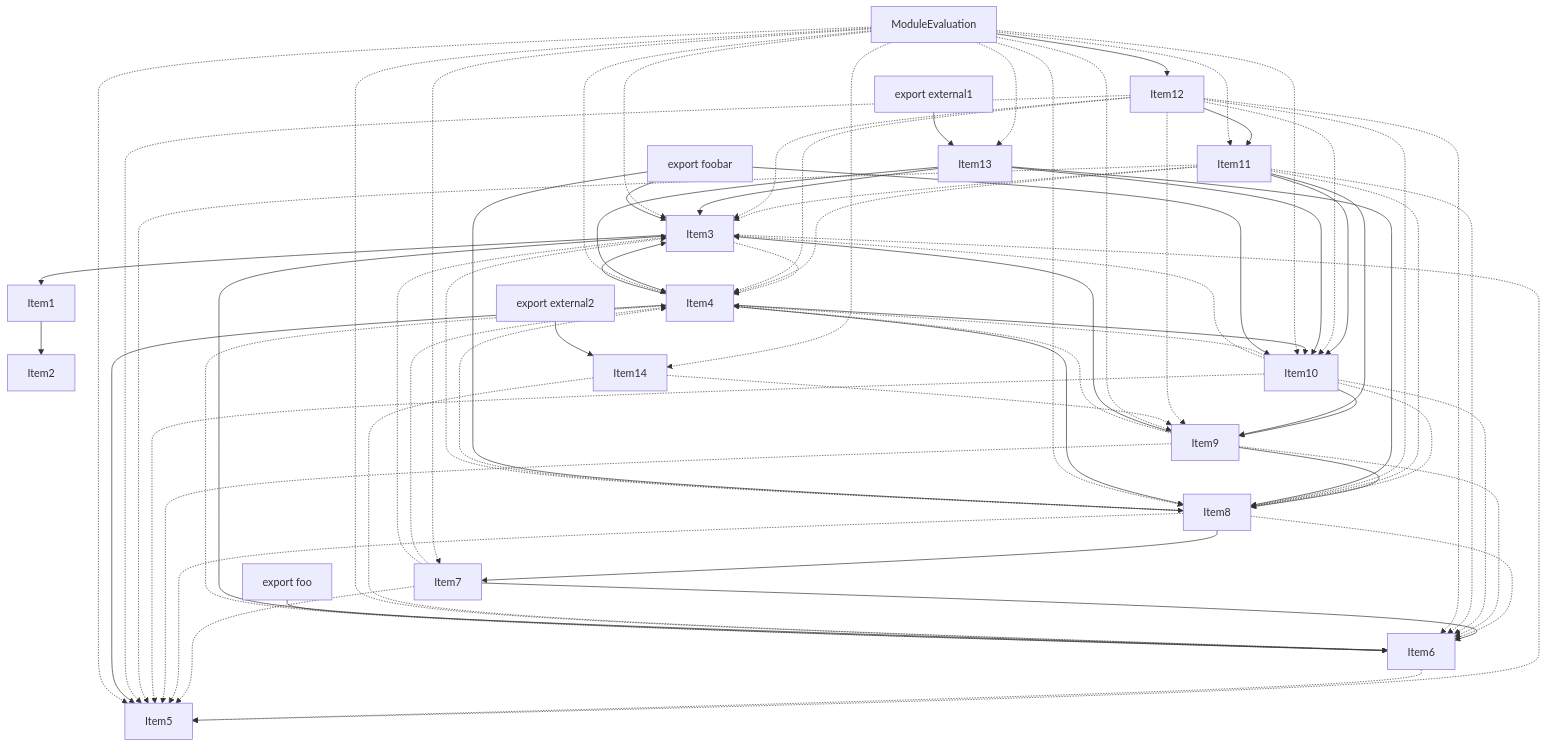
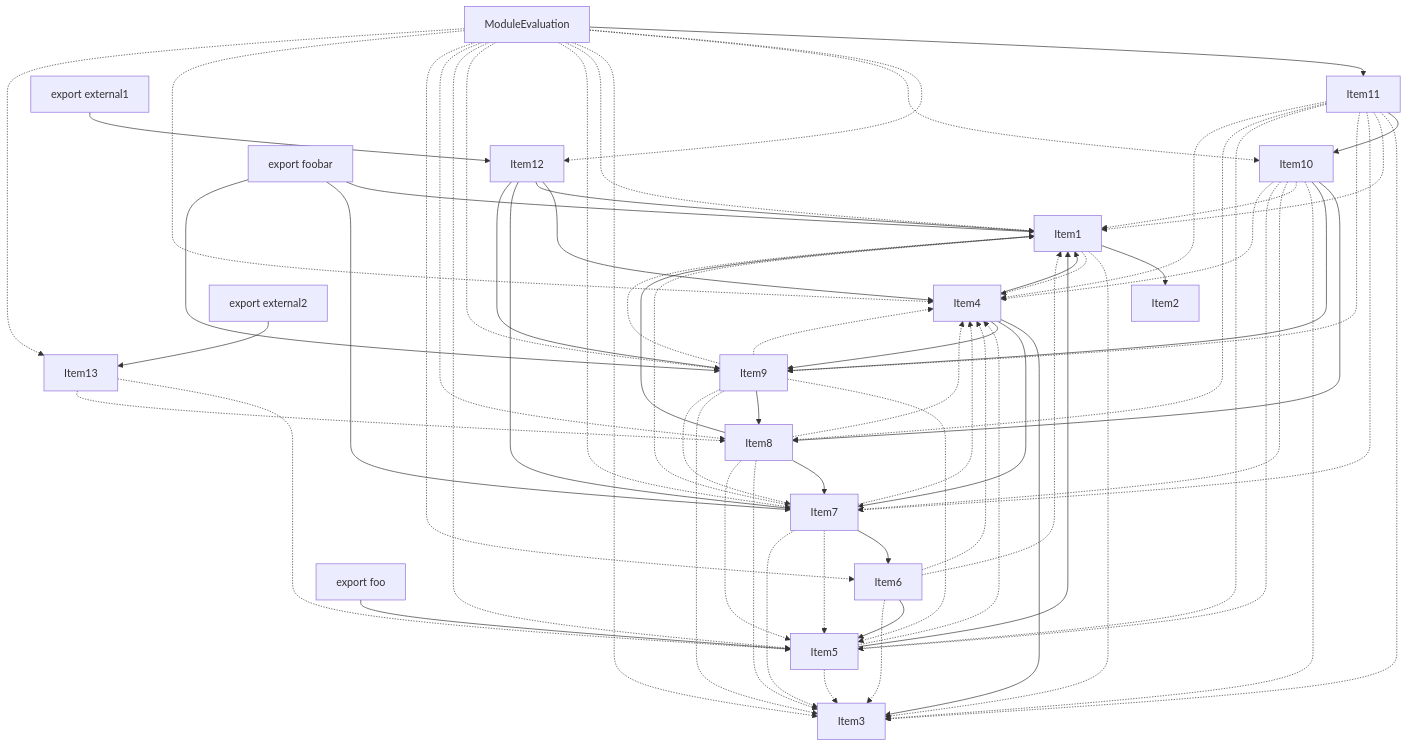
Before and after one commit to vercel/turborepo: the fourth of 4 diagrams in crates/turbopack-ecmascript/tests/tree-shaker/analyzer/1/output.md, drawn with Mermaid. The commit also changed other lines of this file and 1 other file, not shown here.

````diff
--- a/crates/turbopack-ecmascript/tests/tree-shaker/analyzer/1/output.md
+++ b/crates/turbopack-ecmascript/tests/tree-shaker/analyzer/1/output.md
@@ -347,84 +332,82 @@
     Item12;
     Item13;
     Item14;
+    Item14["ModuleEvaluation"];
     Item15;
-    Item15["ModuleEvaluation"];
+    Item15["export foobar"];
     Item16;
-    Item16["export external1"];
+    Item16["export foo"];
     Item17;
-    Item17["export foobar"];
+    Item17["export external1"];
     Item18;
-    Item18["export foo"];
-    Item19;
-    Item19["export external2"];
+    Item18["export external2"];
     Item1 --> Item2;
-    Item3 --> Item1;
-    Item3 -.-> Item4;
-    Item3 -.-> Item5;
-    Item6 --> Item3;
+    Item1 -.-> Item3;
+    Item1 -.-> Item4;
+    Item5 --> Item1;
+    Item5 -.-> Item3;
+    Item5 -.-> Item4;
+    Item6 --> Item5;
+    Item6 -.-> Item3;
+    Item6 -.-> Item1;
     Item6 -.-> Item4;
-    Item6 -.-> Item5;
     Item7 --> Item6;
+    Item7 -.-> Item5;
+    Item7 -.-> Item3;
+    Item7 -.-> Item1;
     Item7 -.-> Item4;
-    Item7 -.-> Item3;
-    Item7 -.-> Item5;
+    Item8 --> Item1;
     Item8 --> Item7;
-    Item8 -.-> Item6;
-    Item8 -.-> Item4;
     Item8 -.-> Item3;
     Item8 -.-> Item5;
-    Item9 --> Item3;
+    Item8 -.-> Item4;
+    Item9 -.-> Item5;
     Item9 --> Item8;
+    Item9 -.-> Item3;
+    Item9 -.-> Item1;
+    Item9 -.-> Item7;
     Item9 -.-> Item4;
-    Item9 -.-> Item6;
-    Item9 -.-> Item5;
-    Item10 -.-> Item6;
+    Item10 --> Item8;
     Item10 --> Item9;
+    Item10 -.-> Item3;
+    Item10 -.-> Item1;
+    Item10 -.-> Item7;
+    Item10 -.-> Item5;
     Item10 -.-> Item4;
-    Item10 -.-> Item3;
-    Item10 -.-> Item8;
-    Item10 -.-> Item5;
-    Item11 --> Item9;
     Item11 --> Item10;
+    Item11 -.-> Item3;
+    Item11 -.-> Item1;
+    Item11 -.-> Item7;
+    Item11 -.-> Item9;
+    Item11 -.-> Item5;
+    Item11 -.-> Item8;
     Item11 -.-> Item4;
-    Item11 -.-> Item3;
-    Item11 -.-> Item8;
-    Item11 -.-> Item6;
-    Item11 -.-> Item5;
-    Item12 --> Item11;
-    Item12 -.-> Item4;
-    Item12 -.-> Item3;
-    Item12 -.-> Item8;
-    Item12 -.-> Item10;
-    Item12 -.-> Item6;
-    Item12 -.-> Item9;
-    Item12 -.-> Item5;
-    Item13 --> Item4;
-    Item13 --> Item3;
-    Item13 --> Item8;
-    Item13 --> Item10;
-    Item4 --> Item5;
     Item4 --> Item3;
-    Item4 --> Item8;
-    Item4 --> Item10;
+    Item4 --> Item1;
+    Item4 --> Item7;
+    Item4 --> Item9;
+    Item12 --> Item4;
+    Item12 --> Item1;
+    Item12 --> Item7;
+    Item12 --> Item9;
+    Item13 -.-> Item5;
+    Item13 -.-> Item8;
+    Item14 --> Item11;
+    Item14 -.-> Item12;
+    Item14 -.-> Item10;
+    Item14 -.-> Item3;
+    Item14 -.-> Item1;
+    Item14 -.-> Item7;
+    Item14 -.-> Item9;
+    Item14 -.-> Item5;
+    Item14 -.-> Item8;
     Item14 -.-> Item6;
-    Item14 -.-> Item9;
-    Item15 --> Item12;
-    Item15 -.-> Item13;
-    Item15 -.-> Item11;
-    Item15 -.-> Item5;
-    Item15 -.-> Item3;
-    Item15 -.-> Item8;
-    Item15 -.-> Item10;
-    Item15 -.-> Item6;
-    Item15 -.-> Item9;
-    Item15 -.-> Item7;
-    Item15 -.-> Item4;
-    Item15 -.-> Item14;
-    Item16 --> Item13;
-    Item17 --> Item3;
-    Item17 --> Item8;
-    Item17 --> Item10;
-    Item18 --> Item6;
-    Item19 --> Item14;
+    Item14 -.-> Item4;
+    Item14 -.-> Item13;
+    Item15 --> Item1;
+    Item15 --> Item7;
+    Item15 --> Item9;
+    Item16 --> Item5;
+    Item17 --> Item12;
+    Item18 --> Item13;
 ```
````
